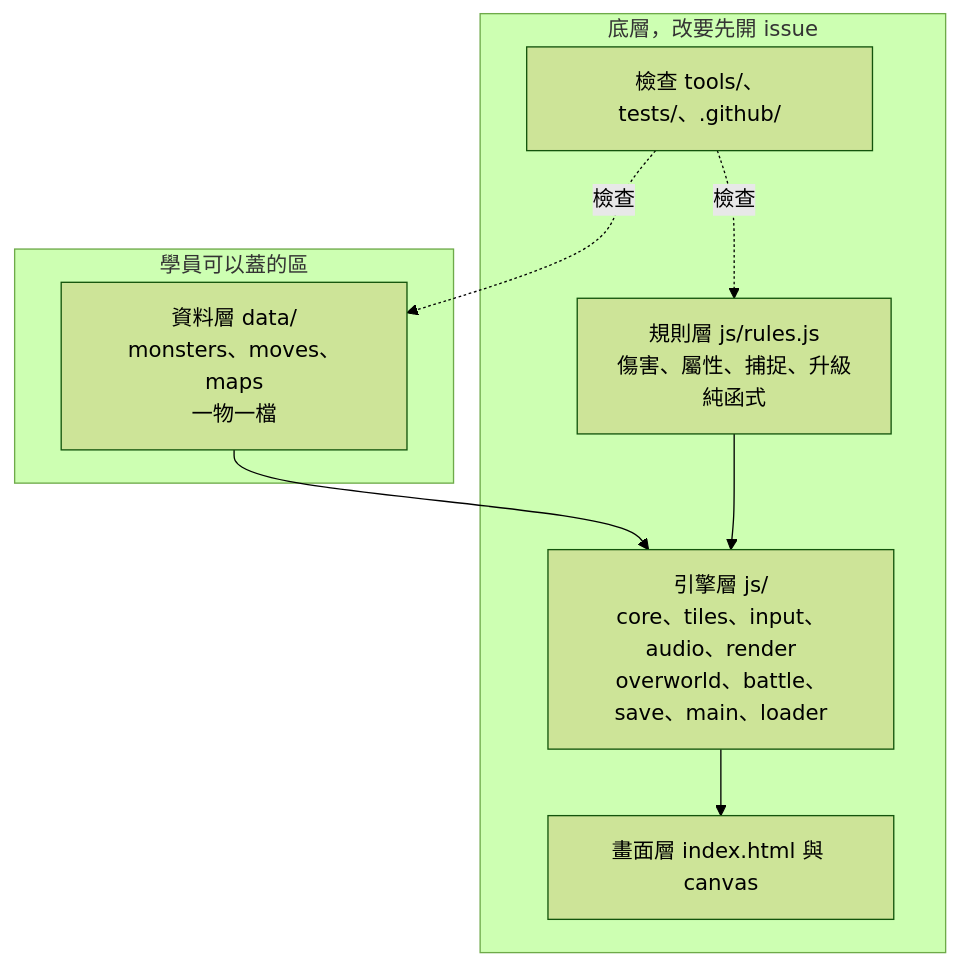
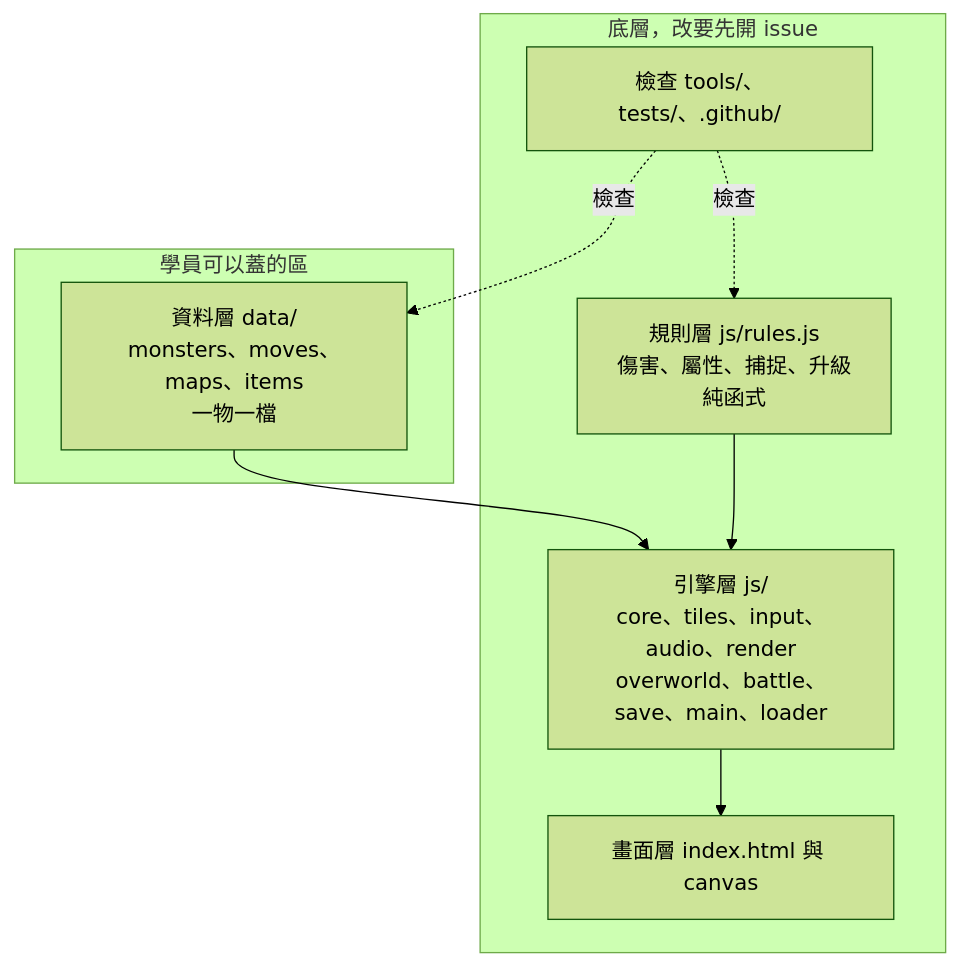
The first of 4 diagrams in docs/ARCHITECTURE.md (Lee-unhn/Game_AIstar), drawn with Mermaid (forest theme) before and after one commit. The commit also changed other lines of this file and 24 other files, not shown here.

````diff
--- a/docs/ARCHITECTURE.md
+++ b/docs/ARCHITECTURE.md
@@ -9,17 +9,17 @@
 ```mermaid
 flowchart TB
   subgraph build["學員可以蓋的區"]
-    data["資料層 data/<br/>monsters、moves、maps<br/>一物一檔"]
+    data["資料層 data/<br/>monsters、moves、maps、items<br/>一物一檔"]
   end
   subgraph base["底層，改要先開 issue"]
     rules["規則層 js/rules.js<br/>傷害、屬性、捕捉、升級<br/>純函式"]
     engine["引擎層 js/<br/>core、tiles、input、audio、render<br/>overworld、battle、save、main、loader"]
     screen["畫面層 index.html 與 canvas"]
     robot["檢查 tools/、tests/、.github/"]
   end
   data --> engine
   rules --> engine
   engine --> screen
   robot -. "檢查" .-> data
   robot -. "檢查" .-> rules
 ```
````
